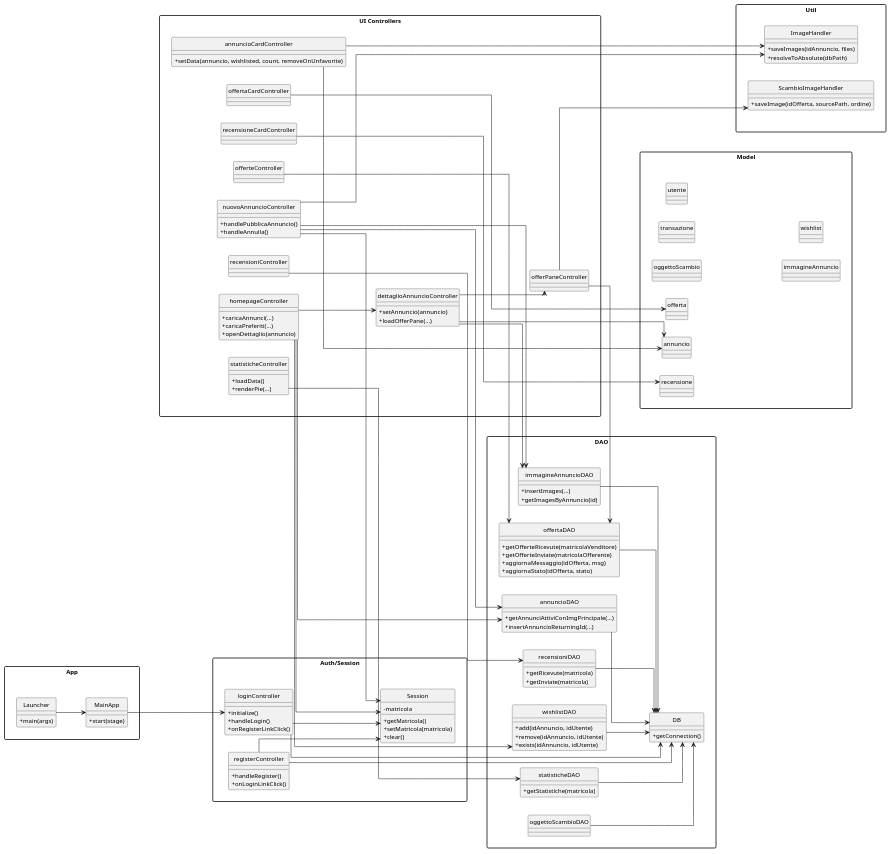
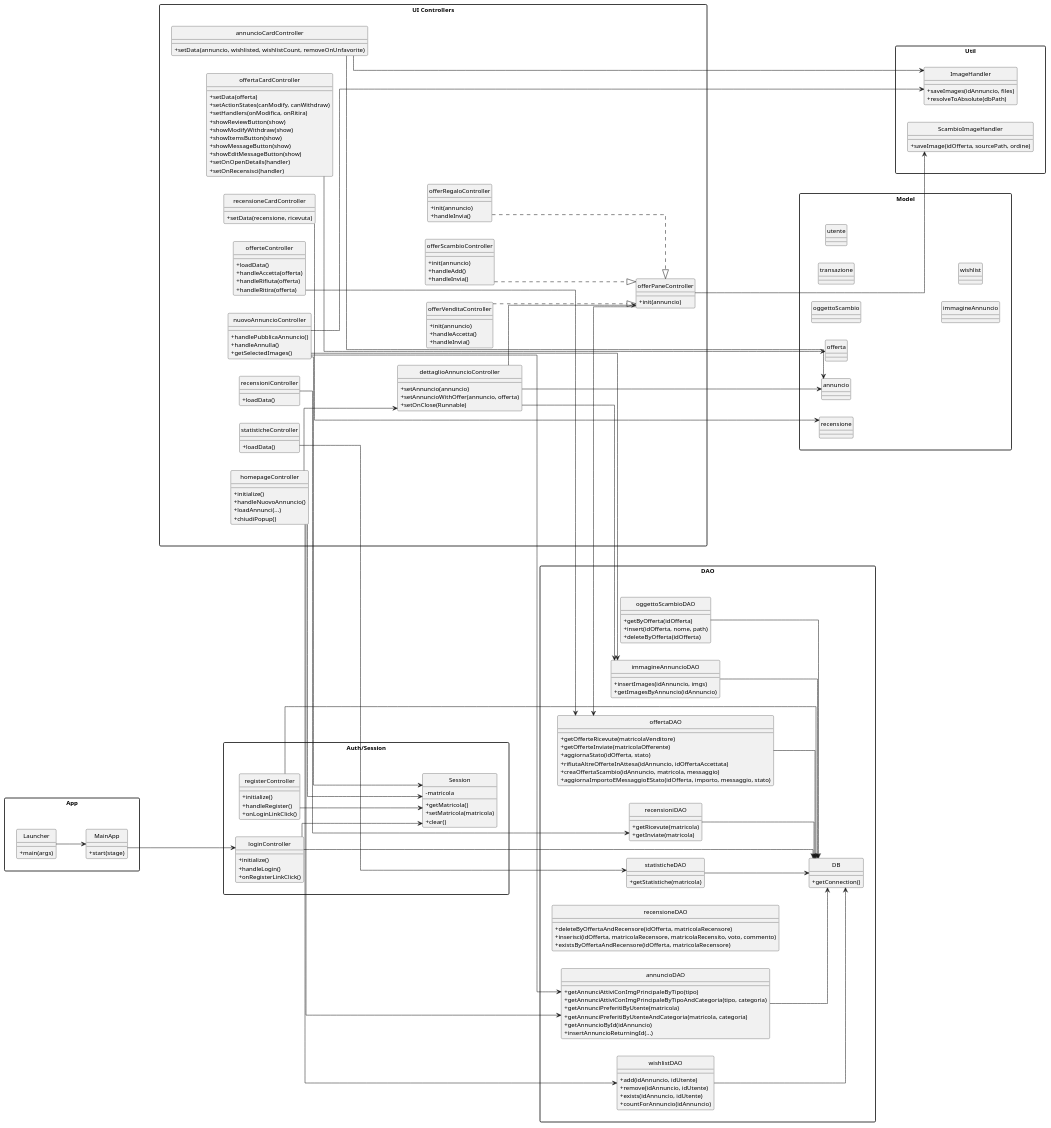
Before and after one commit to zNeht/UninaSwap-OOBD2425: the diagram in puml/Classi.puml, drawn with PlantUML. The commit also changed 27 other files, not shown here.

```diff
--- a/puml/Classi.puml
+++ b/puml/Classi.puml
@@ -31,6 +31,7 @@
     +onRegisterLinkClick()
   }
   class registerController {
+    +initialize()
     +handleRegister()
     +onLoginLinkClick()
   }
@@ -38,29 +39,67 @@
 
 package "UI Controllers" as UI {
   class homepageController {
-    +caricaAnnunci(...)
-    +caricaPreferiti(...)
-    +openDettaglio(annuncio)
+    +initialize()
+    +handleNuovoAnnuncio()
+    +loadAnnunci(...)
+    +chiudiPopup()
   }
   class annuncioCardController {
-    +setData(annuncio, wishlisted, count, removeOnUnfavorite)
+    +setData(annuncio, wishlisted, wishlistCount, removeOnUnfavorite)
   }
   class dettaglioAnnuncioController {
     +setAnnuncio(annuncio)
-    +loadOfferPane(...)
+    +setAnnuncioWithOffer(annuncio, offerta)
+    +setOnClose(Runnable)
   }
   class nuovoAnnuncioController {
     +handlePubblicaAnnuncio()
     +handleAnnulla()
+    +getSelectedImages()
   }
-  class offerteController
-  class offertaCardController
-  class offerPaneController
-  class recensioniController
-  class recensioneCardController
+  class offerteController {
+    +loadData()
+    +handleAccetta(offerta)
+    +handleRifiuta(offerta)
+    +handleRitira(offerta)
+  }
+  class offerRegaloController {
+    +init(annuncio)
+    +handleInvia()
+  }
+  class offerScambioController {
+    +init(annuncio)
+    +handleAdd()
+    +handleInvia()
+  }
+  class offerVenditaController {
+    +init(annuncio)
+    +handleAccetta()
+    +handleInvia()
+  }
+  class offertaCardController {
+    +setData(offerta)
+    +setActionStates(canModify, canWithdraw)
+    +setHandlers(onModifica, onRitira)
+    +showReviewButton(show)
+    +showModifyWithdraw(show)
+    +showItemsButton(show)
+    +showMessageButton(show)
+    +showEditMessageButton(show)
+    +setOnOpenDetails(handler)
+    +setOnRecensisci(handler)
+  }
+  class offerPaneController {
+    +init(annuncio)
+  }
+  class recensioniController {
+    +loadData()
+  }
+  class recensioneCardController {
+    +setData(recensione, ricevuta)
+  }
   class statisticheController {
     +loadData()
-    +renderPie(...)
   }
 }
 
@@ -69,29 +108,45 @@
     +getConnection()
   }
   class annuncioDAO {
-    +getAnnunciAttiviConImgPrincipale(...)
+    +getAnnunciAttiviConImgPrincipaleByTipo(tipo)
+    +getAnnunciAttiviConImgPrincipaleByTipoAndCategoria(tipo, categoria)
+    +getAnnunciPreferitiByUtente(matricola)
+    +getAnnunciPreferitiByUtenteAndCategoria(matricola, categoria)
+    +getAnnuncioById(idAnnuncio)
     +insertAnnuncioReturningId(...)
   }
   class immagineAnnuncioDAO {
-    +insertImages(...)
-    +getImagesByAnnuncio(id)
+    +insertImages(idAnnuncio, imgs)
+    +getImagesByAnnuncio(idAnnuncio)
   }
   class offertaDAO {
     +getOfferteRicevute(matricolaVenditore)
     +getOfferteInviate(matricolaOfferente)
-    +aggiornaMessaggio(idOfferta, msg)
     +aggiornaStato(idOfferta, stato)
+    +rifiutaAltreOfferteInAttesa(idAnnuncio, idOffertaAccettata)
+    +creaOffertaScambio(idAnnuncio, matricola, messaggio)
+    +aggiornaImportoEMessaggioEStato(idOfferta, importo, messaggio, stato)
   }
   class wishlistDAO {
     +add(idAnnuncio, idUtente)
     +remove(idAnnuncio, idUtente)
     +exists(idAnnuncio, idUtente)
+    +countForAnnuncio(idAnnuncio)
   }
   class recensioniDAO {
     +getRicevute(matricola)
     +getInviate(matricola)
   }
-  class oggettoScambioDAO
+  class recensioneDAO {
+    +deleteByOffertaAndRecensore(idOfferta, matricolaRecensore)
+    +inserisci(idOfferta, matricolaRecensore, matricolaRecensito, voto, commento)
+    +existsByOffertaAndRecensore(idOfferta, matricolaRecensore)
+  }
+  class oggettoScambioDAO {
+    +getByOfferta(idOfferta)
+    +insert(idOfferta, nome, path)
+    +deleteByOfferta(idOfferta)
+  }
   class statisticheDAO {
     +getStatistiche(matricola)
   }
@@ -153,6 +208,9 @@
 offertaCardController --> offerta
 offerPaneController --> offertaDAO
 offerPaneController --> ScambioImageHandler
+offerRegaloController ..|> offerPaneController
+offerScambioController ..|> offerPaneController
+offerVenditaController ..|> offerPaneController
 
 recensioniController --> recensioniDAO
 recensioneCardController --> recensione
```
